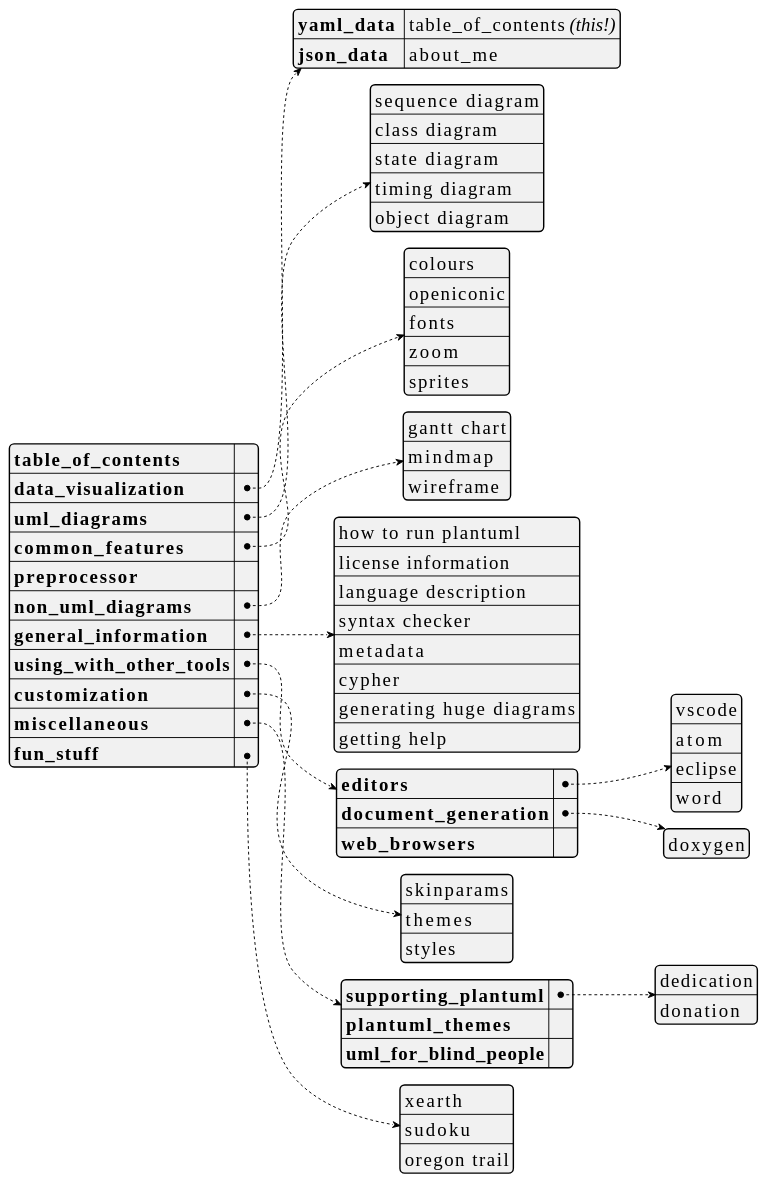
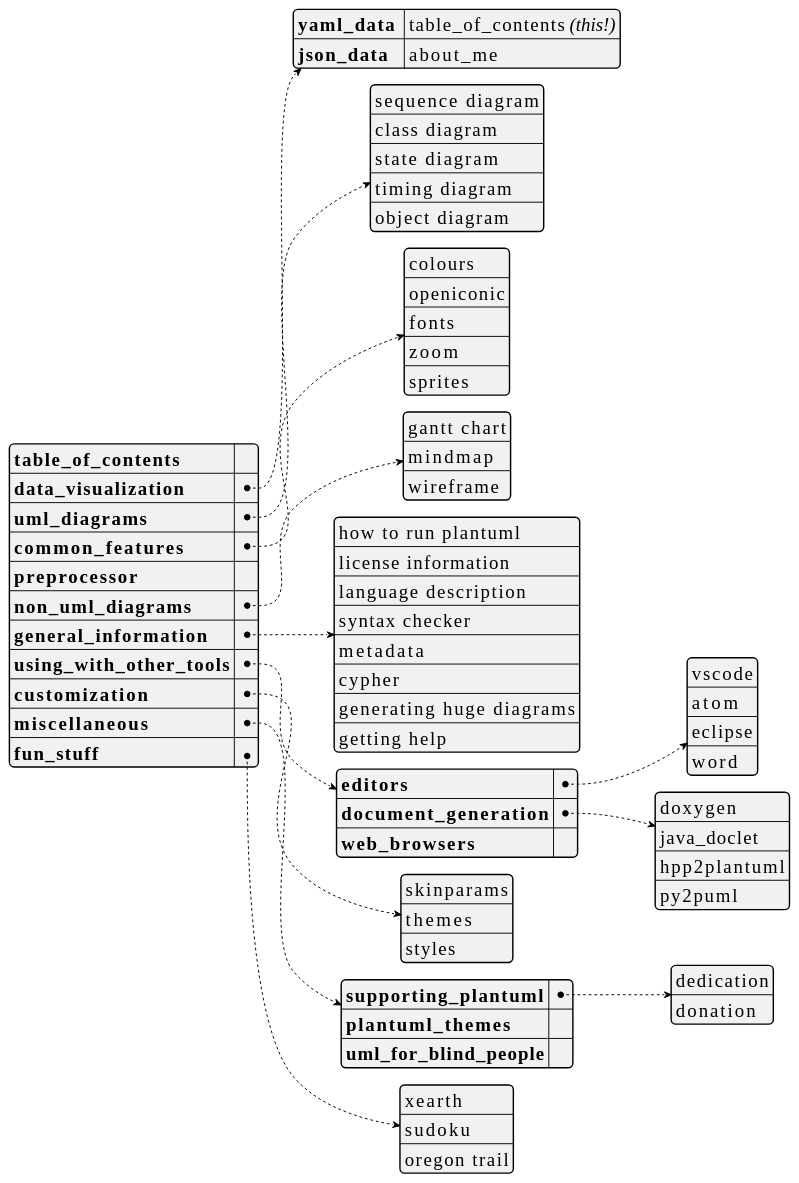
One commit to dragondive/heavens-arena changed the first of 35 diagrams in plantuml_demo.md. Above: the diagram before and after it, drawn with PlantUML. The commit also changed other lines of this file and 3 other files, not shown here.

````diff
--- a/plantuml_demo.md
+++ b/plantuml_demo.md
@@ -27,76 +27,79 @@
 ```plantuml
 @startyaml
 <style>
 yamlDiagram {
     node {
         ' use a constant width font because that's what developers do.
         FontName Consolas
         FontSize 20
     }
 }
 </style>
 
 /'TODO:
 It would be cool to hyperlink the entries in the table_of_contents to the
 respective section in the document. Not only would it further accentuate the
 [Medium Awareness](https://tvtropes.org/pmwiki/pmwiki.php/Main/MediumAwareness)
 of this yaml document, but also augment the
 [Anachronic Order](https://tvtropes.org/pmwiki/pmwiki.php/Main/AnachronicOrder)
 of the outer markdown document.
 '/
 
 **table_of_contents**: ""  /' workaround: empty string here to avoid dummy link '/
 data_visualization:
     yaml_data : table_of_contents //(this!)//
     json_data : about_me
 uml_diagrams:
     - sequence diagram
     - class diagram
     - state diagram
     - timing diagram
     - object diagram
 common_features:
     - colours
     - openiconic
     - fonts
     - zoom
     - sprites
 preprocessor: ""
 non_uml_diagrams:
     - gantt chart
     - mindmap
     - wireframe
 general_information:
     - how to run plantuml
     - license information
     - language description
     - syntax checker
     - metadata
     - cypher
     - generating huge diagrams
     - getting help
 using_with_other_tools:
     editors:
         - vscode
         - atom
         - eclipse
         - word
     document_generation:
         - doxygen
+        - java_doclet
+        - hpp2plantuml
+        - py2puml
     web_browsers: ""
 customization:
     - skinparams
     - themes
     - styles
 miscellaneous:
     supporting_plantuml:
         - dedication
         - donation
     plantuml_themes: ""
     uml_for_blind_people: ""
 fun_stuff:
     - xearth
     - sudoku
     - oregon trail
 @endyaml
 ```
````
